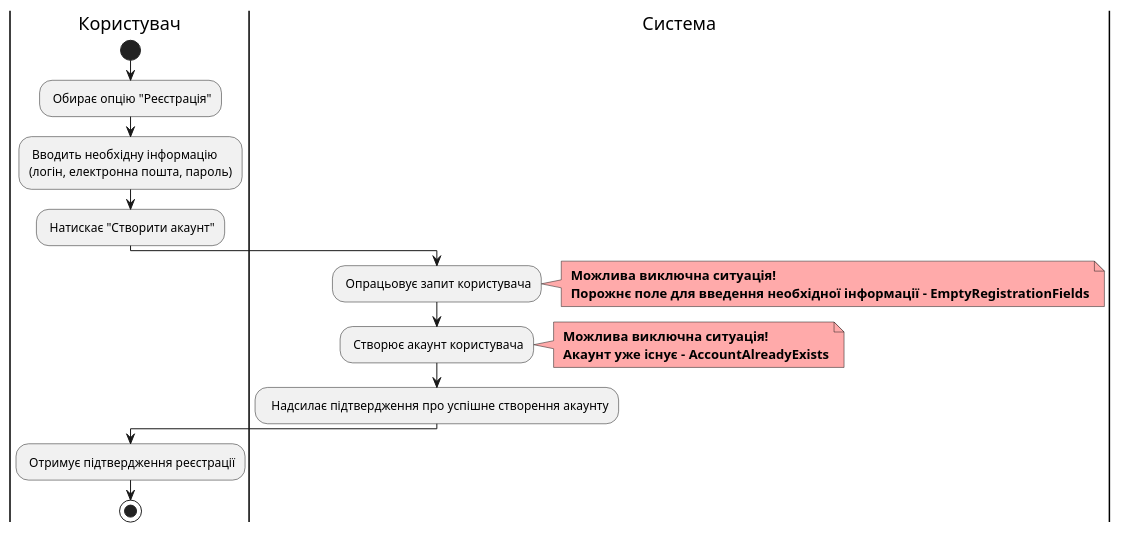
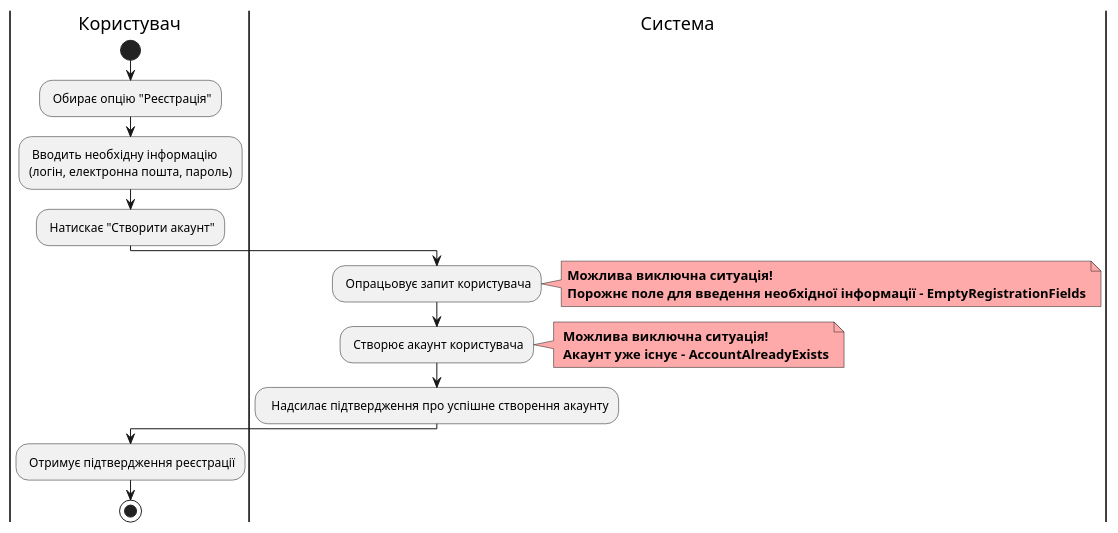
One commit to watashone/db-labs changed diagram 11 of 19 in docs/use cases/README.md. Above: the diagram before and after it, drawn with PlantUML. The commit also changed other lines of this file, not shown here.

````diff
--- a/docs/use cases/README.md
+++ b/docs/use cases/README.md
@@ -339,24 +351,24 @@
 ```plantuml
 @startuml
     |Користувач|
         start
         : Обирає опцію "Реєстрація";
         : Вводить необхідну інформацію \n(логін, електронна пошта, пароль);
         : Натискає "Створити акаунт";
     |Система|
         : Опрацьовує запит користувача;
         note right #ffaaaa
-        <b> Можлива виключна ситуація!
-        <b> Порожнє поле для введення необхідної інформації - EmptyRegistrationFields
+        <b>Можлива виключна ситуація!
+        <b>Порожнє поле для введення необхідної інформації - EmptyRegistrationFields
         end note
         : Створює акаунт користувача;
         note right #ffaaaa
         <b> Можлива виключна ситуація!
         <b> Акаунт уже існує - AccountAlreadyExists
         end note
         :  Надсилає підтвердження про успішне створення акаунту;
     |Користувач|
         : Отримує підтвердження реєстрації;
         stop;
 @enduml
 ```
````
